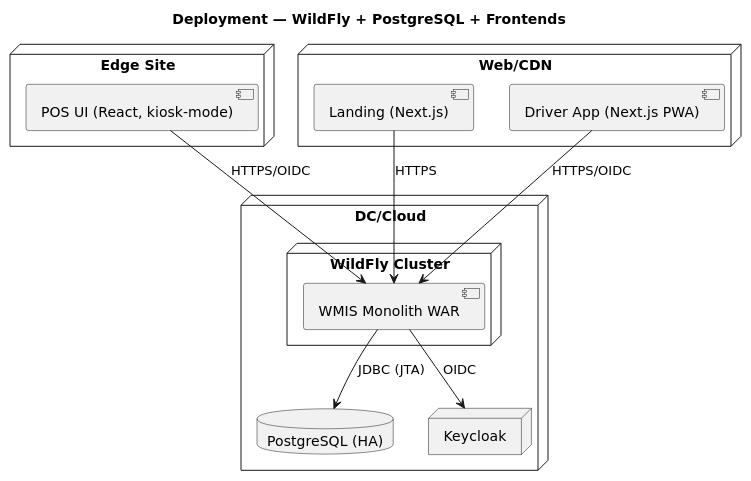
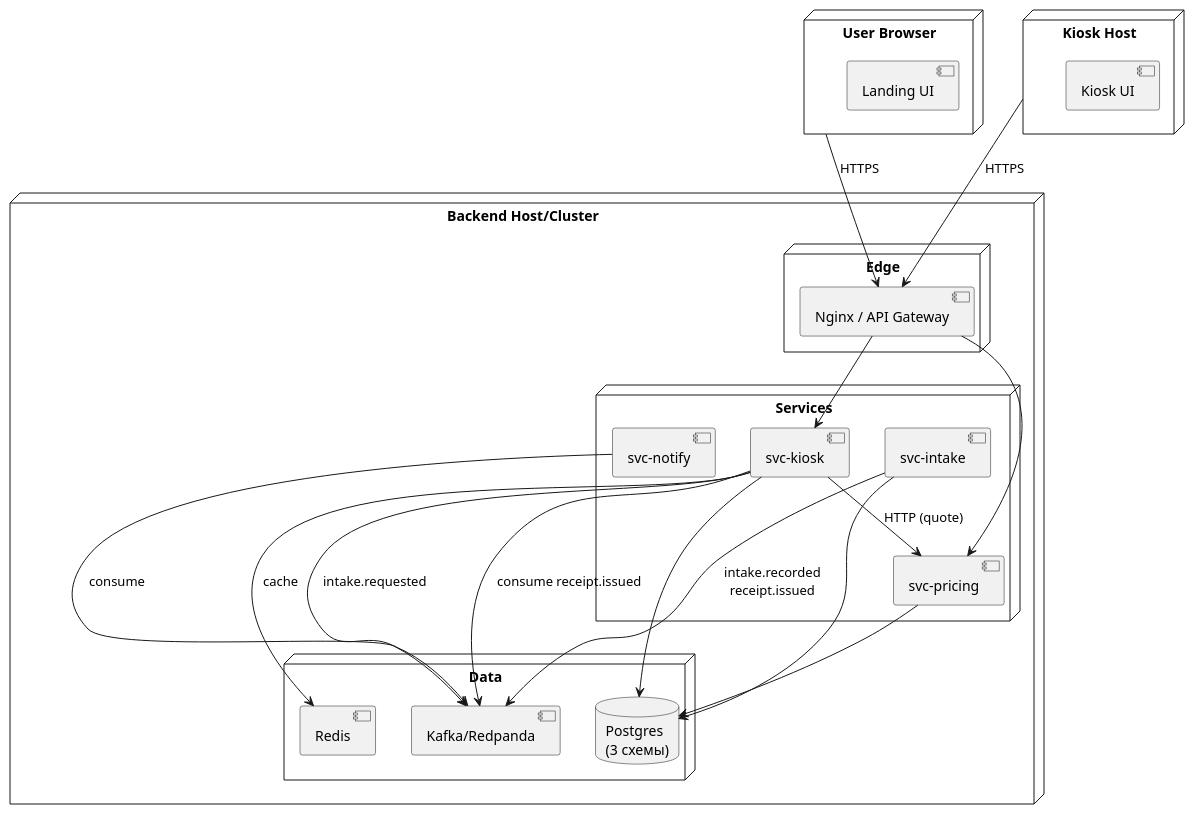
The diagram in docs/uml/deployment.puml (r4m63/Waste-Management), drawn with PlantUML before and after one commit. The commit also changed 8 other files, not shown here.

Commit message:
backend: init.sql

```diff
--- a/docs/uml/deployment.puml
+++ b/docs/uml/deployment.puml
@@ -1,28 +1,42 @@
 @startuml
-title Deployment — WildFly + PostgreSQL + Frontends
-skinparam defaultFontName "DejaVu Sans"
+skinparam nodeStyle rectangle
 
-node "Edge Site" {
-  [POS UI (React, kiosk-mode)]
+node "User Browser" as browser {
+  component "Landing UI"
 }
 
-node "Web/CDN" {
-  [Landing (Next.js)]
-  [Driver App (Next.js PWA)]
+node "Kiosk Host" as kiosk {
+  component "Kiosk UI"
 }
 
-node "DC/Cloud" {
-  node "WildFly Cluster" {
-    [WMIS Monolith WAR]
+node "Backend Host/Cluster" as back {
+  node "Edge" {
+    component "Nginx / API Gateway"
   }
-  database "PostgreSQL (HA)" as PG
-  node "Keycloak" as AUTH
+  node "Services" {
+    component "svc-kiosk"
+    component "svc-pricing"
+    component "svc-intake"
+    component "svc-notify"
+  }
+  node "Data" {
+    database "Postgres\n(3 схемы)" as pg
+    component "Redis"
+    component "Kafka/Redpanda"
+  }
 }
 
-[POS UI (React, kiosk-mode)] --> [WMIS Monolith WAR] : HTTPS/OIDC
-[Landing (Next.js)] --> [WMIS Monolith WAR] : HTTPS
-[Driver App (Next.js PWA)] --> [WMIS Monolith WAR] : HTTPS/OIDC
-
-[WMIS Monolith WAR] --> PG : JDBC (JTA)
-[WMIS Monolith WAR] --> AUTH : OIDC
+browser --> "Nginx / API Gateway" : HTTPS
+kiosk --> "Nginx / API Gateway" : HTTPS
+"Nginx / API Gateway" --> "svc-kiosk"
+"Nginx / API Gateway" --> "svc-pricing"
+"svc-kiosk" --> "svc-pricing" : HTTP (quote)
+"svc-kiosk" --> "Kafka/Redpanda" : intake.requested
+"svc-intake" --> "Kafka/Redpanda" : intake.recorded\nreceipt.issued
+"svc-notify" --> "Kafka/Redpanda" : consume
+"svc-kiosk" --> "Kafka/Redpanda" : consume receipt.issued
+"svc-kiosk" --> pg
+"svc-pricing" --> pg
+"svc-intake" --> pg
+"svc-kiosk" --> Redis : cache
 @enduml
```
